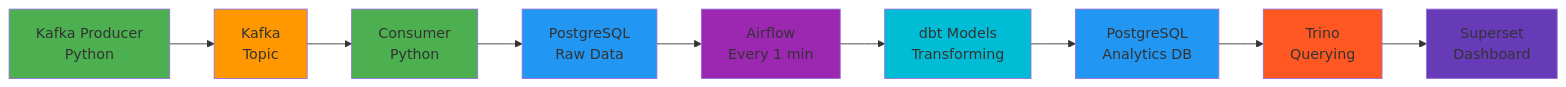
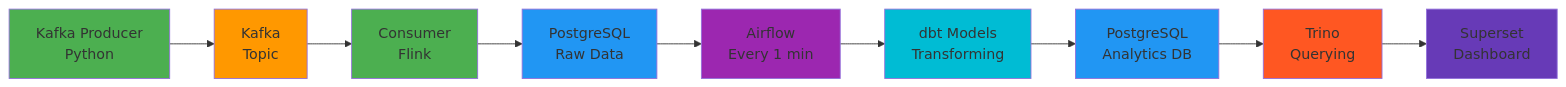
One commit to tpomavil46/data-platform-demo changed the diagram in README.md. Above: the diagram before and after it, drawn with Mermaid.

````diff
--- a/README.md
+++ b/README.md
@@ -23,21 +23,21 @@
 ```mermaid
 graph LR
     A[Kafka Producer<br/>Python] --> B[Kafka<br/>Topic]
-    B --> C[Consumer<br/>Python]
+    B --> C[Consumer<br/>Flink]
     C --> D[PostgreSQL<br/>Raw Data]
     D --> E[Airflow<br/>Every 1 min]
     E --> F[dbt Models<br/>Transforming]
     F --> G[PostgreSQL<br/>Analytics DB]
     G --> H[Trino<br/>Querying]
     H --> I[Superset<br/>Dashboard]
     
     style A fill:#4CAF50
     style B fill:#FF9800
     style C fill:#4CAF50
     style D fill:#2196F3
     style E fill:#9C27B0
     style F fill:#00BCD4
     style G fill:#2196F3
     style H fill:#FF5722
     style I fill:#673AB7
 ```
````
